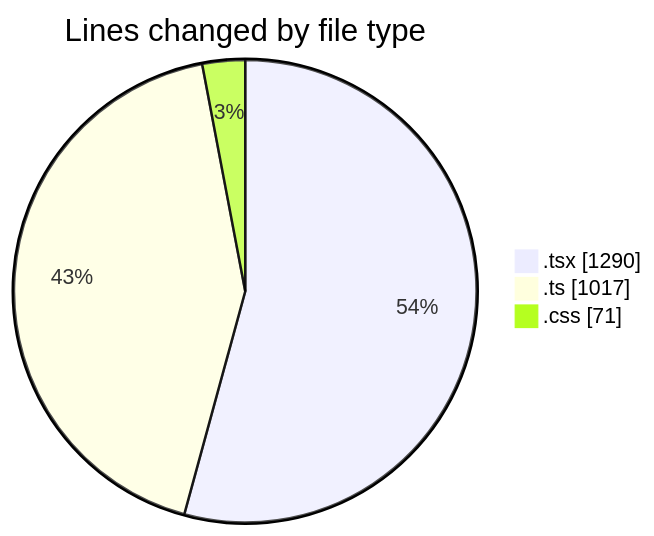
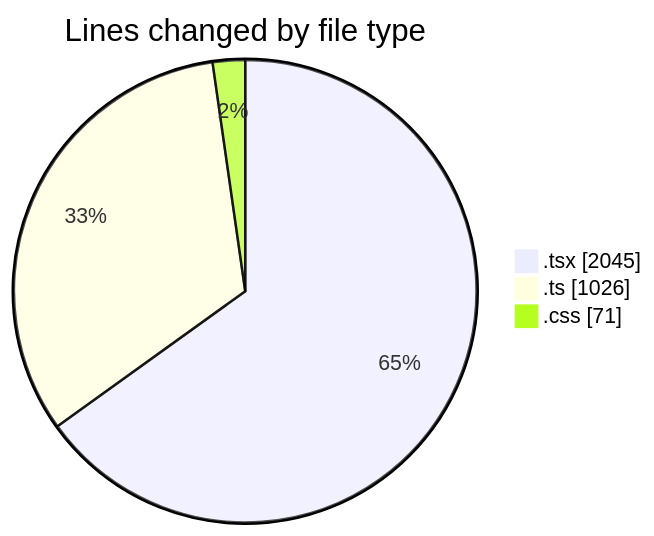
The first of 2 diagrams in 2025-01-27/mbc-web/README.md (robertbonfada/code-tracking), drawn with Mermaid before and after one commit. The commit also changed other lines of this file and 1 other file, not shown here.

````diff
--- a/2025-01-27/mbc-web/README.md
+++ b/2025-01-27/mbc-web/README.md
@@ -26,7 +29,7 @@
 ```mermaid
 pie showData
 title Lines changed by file type
-".tsx" : 1290
-".ts" : 1017
+".tsx" : 2045
+".ts" : 1026
 ".css" : 71
 ```
````
